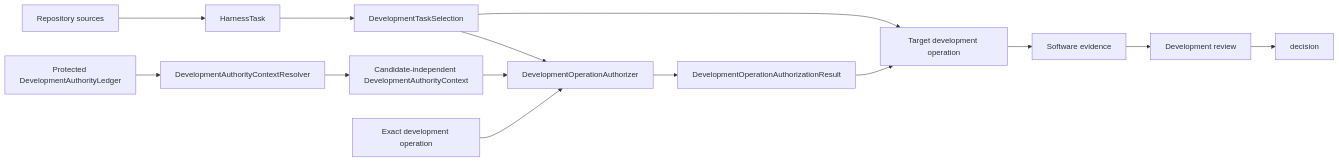
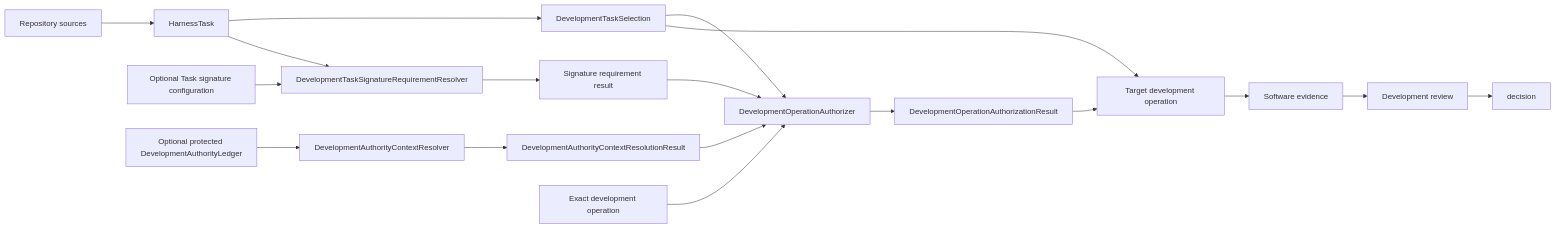
One commit to eragasa/ksdft2effmass changed the diagram in docs/architecture/v2/ksdft2effmass/harness/control-plane.md. Above: the diagram before and after it, drawn with Mermaid. The commit also changed other lines of this file and 9 other files, not shown here.

Commit message:
Synchronize v2 authority architecture docs

````diff
--- a/docs/architecture/v2/ksdft2effmass/harness/control-plane.md
+++ b/docs/architecture/v2/ksdft2effmass/harness/control-plane.md
@@ -20,16 +20,20 @@
 ```mermaid
 flowchart LR
     sources["Repository sources"] --> task["HarnessTask"]
     task --> selection["DevelopmentTaskSelection"]
-    ledger["Protected DevelopmentAuthorityLedger"] --> resolver["DevelopmentAuthorityContextResolver"]
-    resolver --> context["Candidate-independent DevelopmentAuthorityContext"]
-    context --> authorizer["DevelopmentOperationAuthorizer"]
+    task --> requirement["DevelopmentTaskSignatureRequirementResolver"]
+    signature_config["Optional Task signature configuration"] --> requirement
+    requirement --> requirement_result["Signature requirement result"]
+    requirement_result --> authorizer["DevelopmentOperationAuthorizer"]
+    ledger["Optional protected DevelopmentAuthorityLedger"] --> resolver["DevelopmentAuthorityContextResolver"]
+    resolver --> resolution["DevelopmentAuthorityContextResolutionResult"]
+    resolution --> authorizer
     selection --> authorizer
     request["Exact development operation"] --> authorizer
     authorizer --> authorization["DevelopmentOperationAuthorizationResult"]
     authorization --> operation["Target development operation"]
     selection --> operation
     operation --> evidence["Software evidence"]
     evidence --> review["Development review"]
     review --> decision
 ```
````
